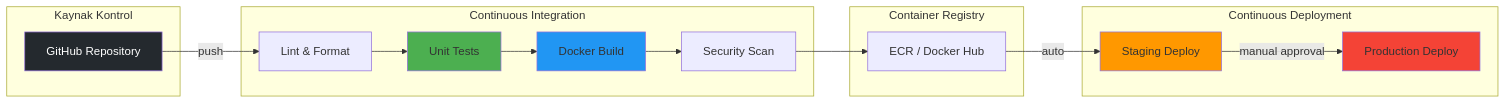
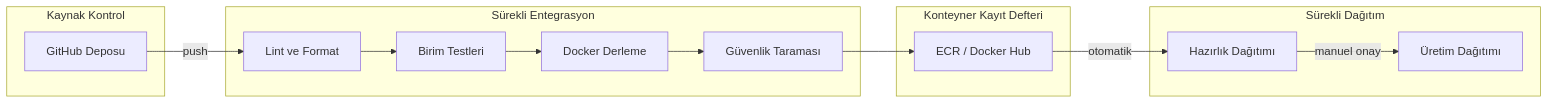
The seventh of 9 diagrams in docs/diagrams/05_deployment_diagram.md (mUsaulug/CardioGuard-AI), drawn with Mermaid before and after one commit. The commit also changed other lines of this file and 5 other files, not shown here.

````diff
--- a/docs/diagrams/05_deployment_diagram.md
+++ b/docs/diagrams/05_deployment_diagram.md
@@ -444,32 +427,26 @@
 ```mermaid
 graph LR
-    subgraph Source["Kaynak Kontrol"]
-        GIT["GitHub Repository"]
+    subgraph Kaynak["Kaynak Kontrol"]
+        GIT["GitHub Deposu"]
     end
     
-    subgraph CI["Continuous Integration"]
-        LINT["Lint & Format"]
-        TEST["Unit Tests"]
-        BUILD["Docker Build"]
-        SCAN["Security Scan"]
+    subgraph CI["Sürekli Entegrasyon"]
+        LINT["Lint ve Format"]
+        TEST["Birim Testleri"]
+        BUILD["Docker Derleme"]
+        SCAN["Güvenlik Taraması"]
     end
     
-    subgraph Registry["Container Registry"]
+    subgraph Registry["Konteyner Kayıt Defteri"]
         ECR["ECR / Docker Hub"]
     end
     
-    subgraph CD["Continuous Deployment"]
-        STAGING["Staging Deploy"]
-        PROD["Production Deploy"]
+    subgraph CD["Sürekli Dağıtım"]
+        STAGING["Hazırlık Dağıtımı"]
+        PROD["Üretim Dağıtımı"]
     end
     
     GIT -->|push| LINT --> TEST --> BUILD --> SCAN --> ECR
-    ECR -->|auto| STAGING
-    STAGING -->|manual approval| PROD
-    
-    style GIT fill:#24292e,color:#fff
-    style TEST fill:#4caf50
-    style BUILD fill:#2196f3
-    style STAGING fill:#ff9800
-    style PROD fill:#f44336
+    ECR -->|otomatik| STAGING
+    STAGING -->|manuel onay| PROD
 ```
````
